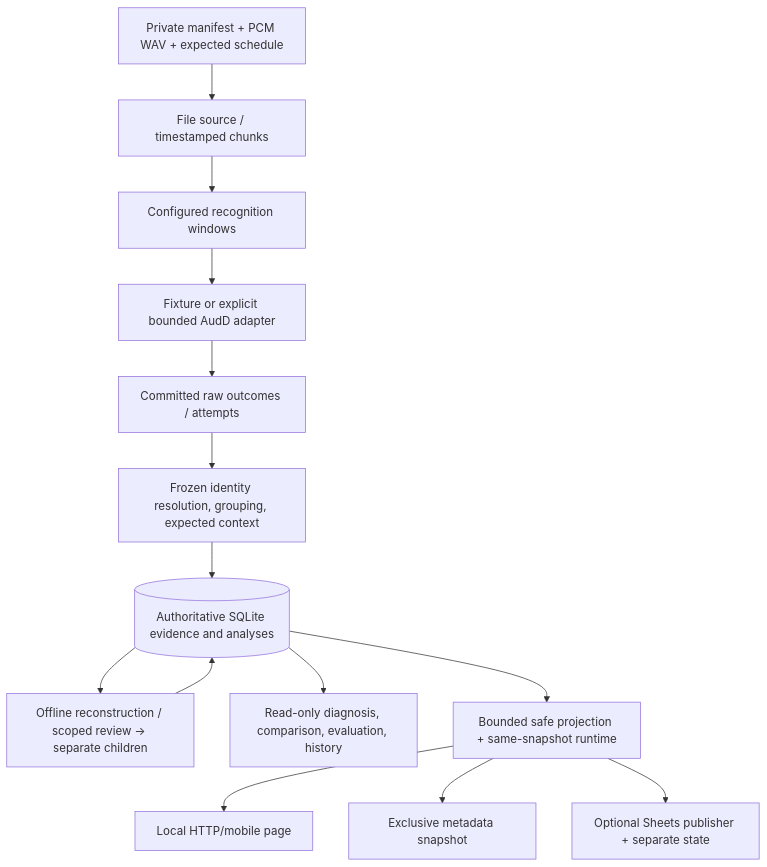
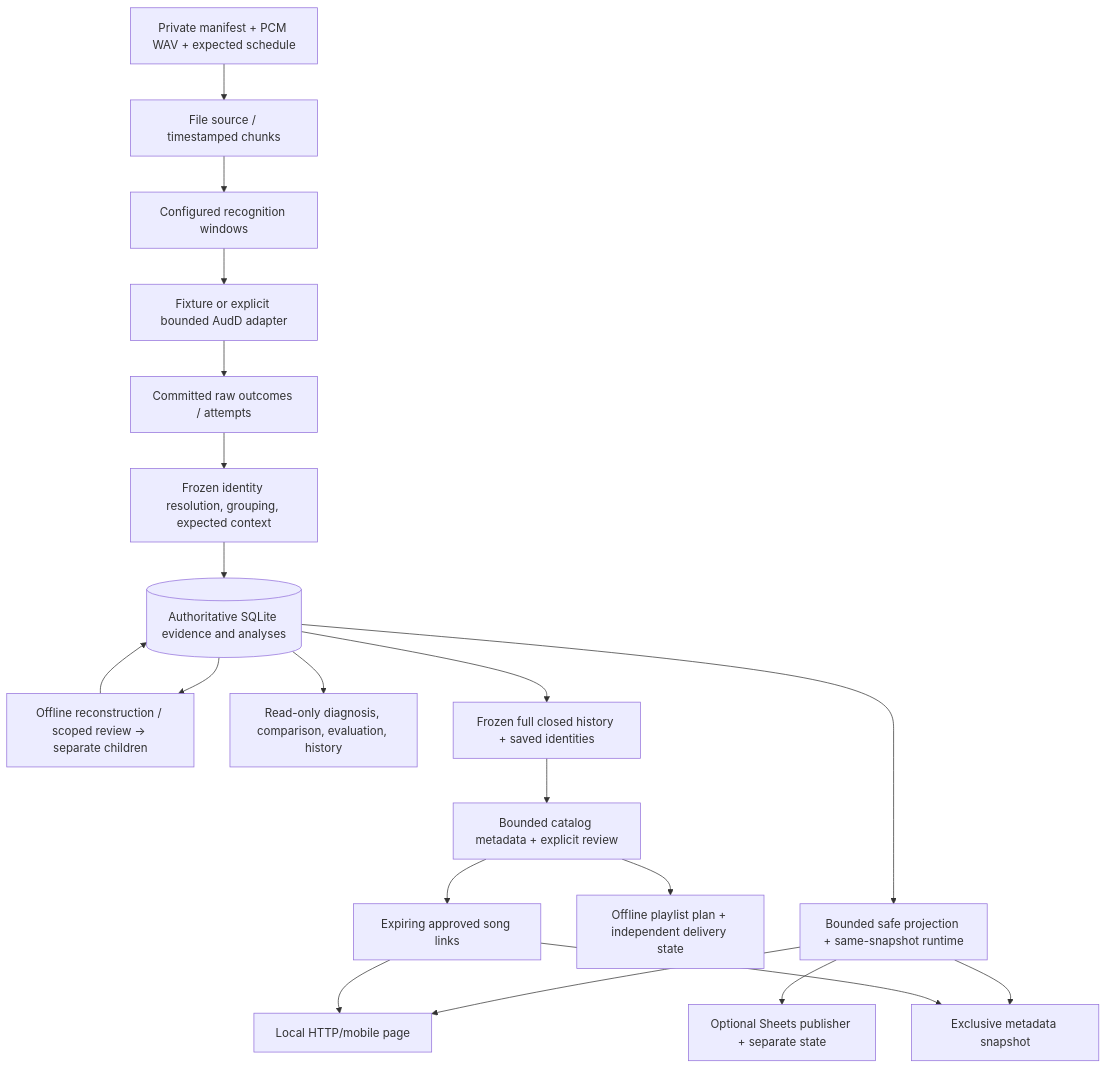
The diagram in docs/developer-guide.md (mrclimberdude/WCS-Event-Recorder), drawn with Mermaid before and after one commit. The commit also changed other lines of this file and 40 other files, not shown here.

````diff
--- a/docs/developer-guide.md
+++ b/docs/developer-guide.md
@@ -7,16 +7,22 @@
 ```mermaid
 flowchart TD
     Input["Private manifest + PCM WAV + expected schedule"] --> Replay["File source / timestamped chunks"]
     Replay --> Windows["Configured recognition windows"]
     Windows --> Adapter["Fixture or explicit bounded AudD adapter"]
     Adapter --> Raw["Committed raw outcomes / attempts"]
     Raw --> Derive["Frozen identity resolution, grouping, expected context"]
     Derive --> DB[("Authoritative SQLite evidence and analyses")]
     DB --> Offline["Offline reconstruction / scoped review -> separate children"]
     Offline --> DB
     DB --> Reports["Read-only diagnosis, comparison, evaluation, history"]
     DB --> Views["Bounded safe projection + same-snapshot runtime"]
     Views --> Web["Local HTTP/mobile page"]
     Views --> Publication["Exclusive metadata snapshot"]
     Views --> Sheets["Optional Sheets publisher + separate state"]
+    DB --> Music["Frozen full closed history + saved identities"]
+    Music --> Catalog["Bounded catalog metadata + explicit review"]
+    Catalog --> Plan["Offline playlist plan + independent delivery state"]
+    Catalog --> Links["Expiring approved song links"]
+    Links --> Web
+    Links --> Publication
 ```
````
